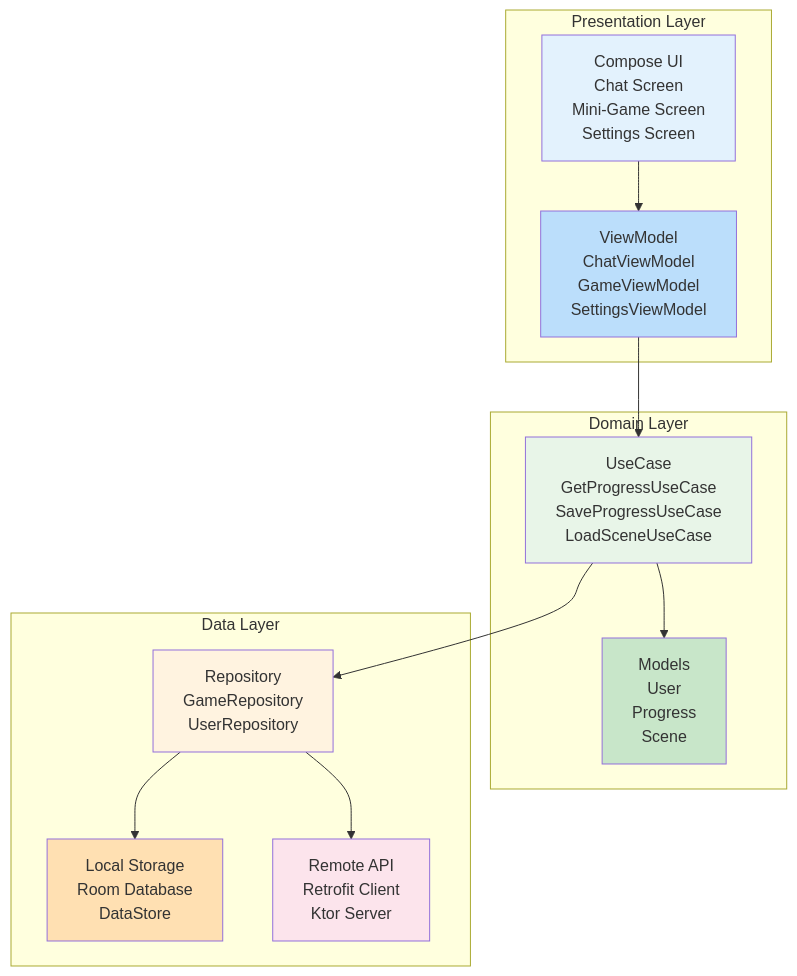
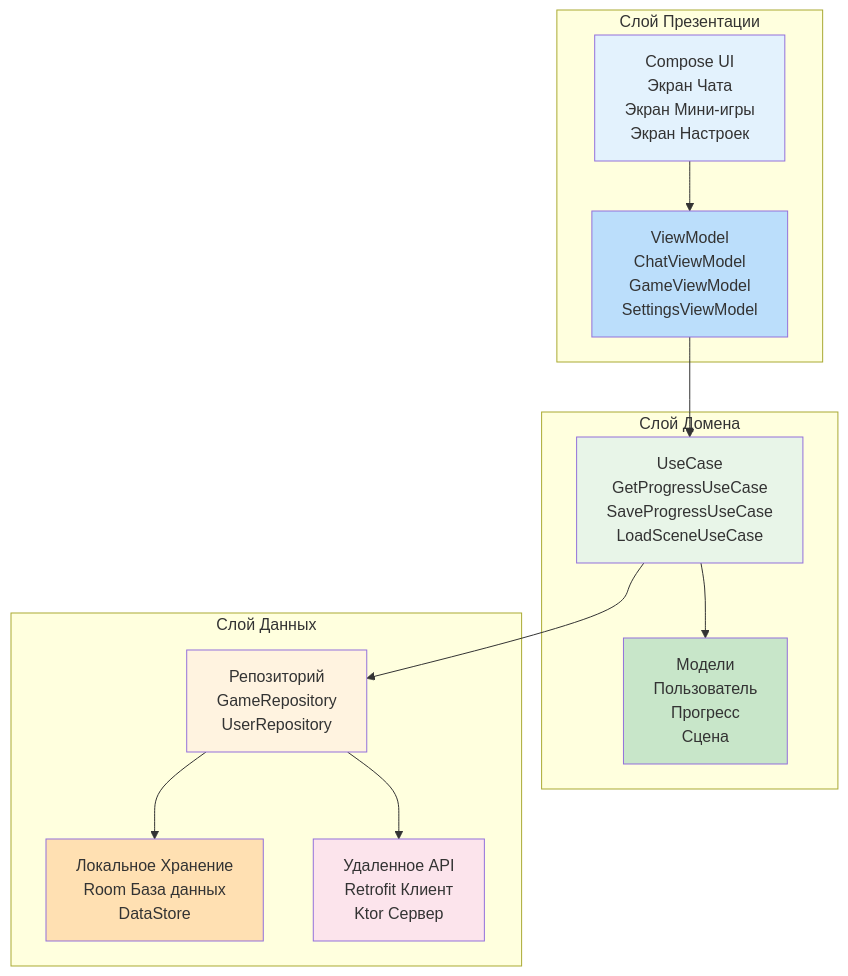
Before and after one commit to Angel-Energy/diplom-: the sixth of 34 diagrams in ALL_DIAGRAMS.md, drawn with Mermaid. The commit also changed other lines of this file and 7 other files, not shown here.

Commit message:
feat(diagrams): Fix diagram styles and update statistics

````diff
--- a/ALL_DIAGRAMS.md
+++ b/ALL_DIAGRAMS.md
@@ -167,29 +167,29 @@
 ```mermaid
 graph TB
-    subgraph "Presentation Layer"
-        A[Compose UI<br/>Chat Screen<br/>Mini-Game Screen<br/>Settings Screen]
-        B[ViewModel<br/>ChatViewModel<br/>GameViewModel<br/>SettingsViewModel]
+    subgraph "Слой Презентации"
+        интерфейс[Compose UI<br/>Экран Чата<br/>Экран Мини-игры<br/>Экран Настроек]
+        модельПредставления[ViewModel<br/>ChatViewModel<br/>GameViewModel<br/>SettingsViewModel]
     end
-    subgraph "Domain Layer"
-        C[UseCase<br/>GetProgressUseCase<br/>SaveProgressUseCase<br/>LoadSceneUseCase]
-        D[Models<br/>User<br/>Progress<br/>Scene]
+    subgraph "Слой Домена"
+        сценарииИспользования[UseCase<br/>GetProgressUseCase<br/>SaveProgressUseCase<br/>LoadSceneUseCase]
+        модели[Модели<br/>Пользователь<br/>Прогресс<br/>Сцена]
     end
-    subgraph "Data Layer"
-        E[Repository<br/>GameRepository<br/>UserRepository]
-        F[Local Storage<br/>Room Database<br/>DataStore]
-        G[Remote API<br/>Retrofit Client<br/>Ktor Server]
+    subgraph "Слой Данных"
+        репозиторий[Репозиторий<br/>GameRepository<br/>UserRepository]
+        локальноеХранение[Локальное Хранение<br/>Room База данных<br/>DataStore]
+        удаленноеAPI[Удаленное API<br/>Retrofit Клиент<br/>Ktor Сервер]
     end
-    A --> B
-    B --> C
-    C --> D
-    C --> E
-    E --> F
-    E --> G
-    style A fill:#e3f2fd
-    style B fill:#bbdefb
-    style C fill:#e8f5e8
-    style D fill:#c8e6c9
-    style E fill:#fff3e0
-    style F fill:#ffe0b2
-    style G fill:#fce4ec
+    интерфейс --> модельПредставления
+    модельПредставления --> сценарииИспользования
+    сценарииИспользования --> модели
+    сценарииИспользования --> репозиторий
+    репозиторий --> локальноеХранение
+    репозиторий --> удаленноеAPI
+    style интерфейс fill:#e3f2fd
+    style модельПредставления fill:#bbdefb
+    style сценарииИспользования fill:#e8f5e8
+    style модели fill:#c8e6c9
+    style репозиторий fill:#fff3e0
+    style локальноеХранение fill:#ffe0b2
+    style удаленноеAPI fill:#fce4ec
 ```
````
